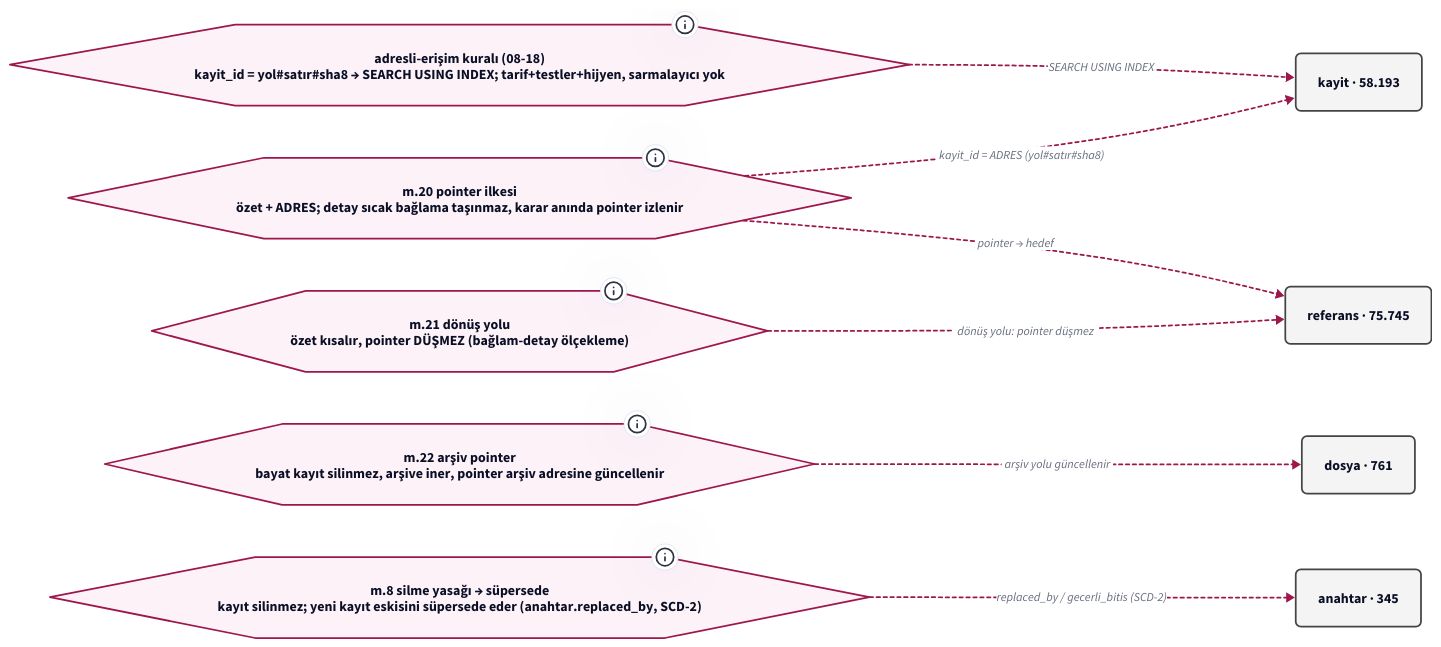
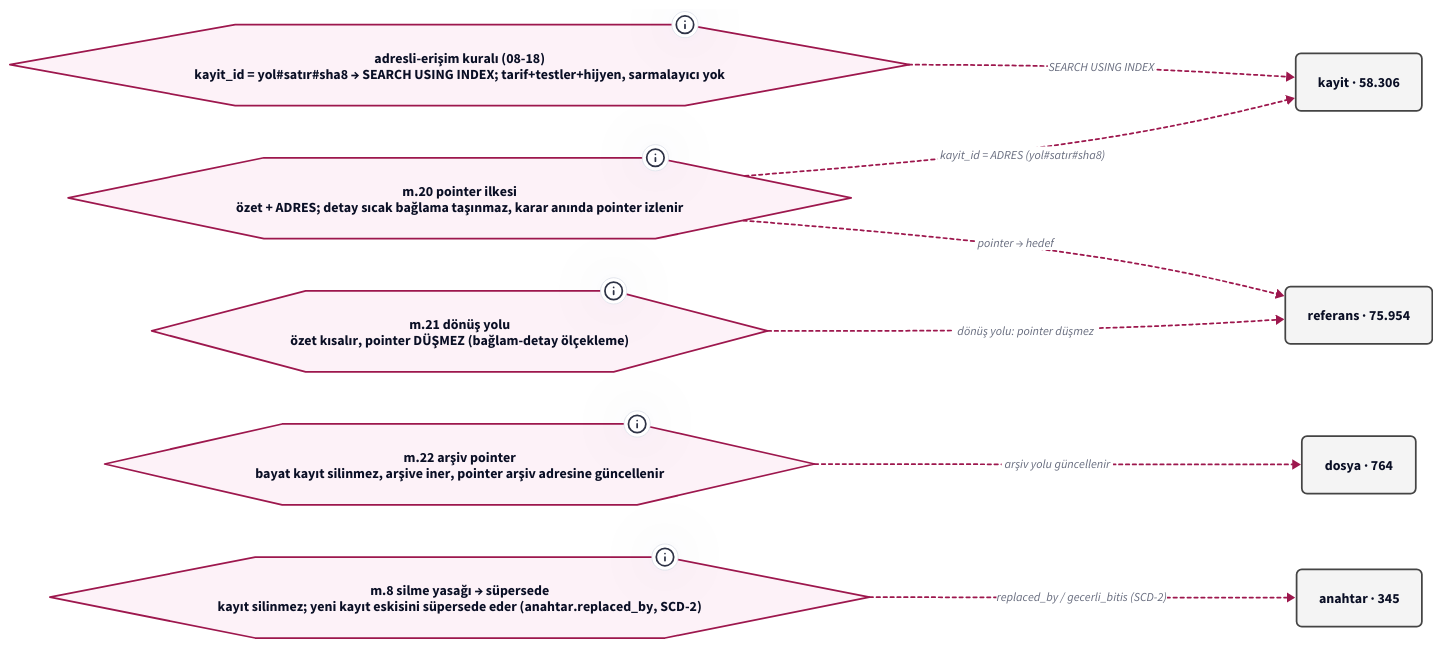
Before and after one commit to salihsahinin/sistem: the diagram in graf/pointer-sistemi-v0-ilke.d2, drawn with D2. The commit also changed 44 other files, not shown here.

```diff
--- a/graf/pointer-sistemi-v0-ilke.d2
+++ b/graf/pointer-sistemi-v0-ilke.d2
@@ -1,33 +1,33 @@
 # Jarvis POINTER SİSTEMİ — POINTER İLKESİ → MEKANİZMA (pano 3/4) (türetilmiş görünüm; ham kaynak silver/bronz)
-# üretici: tools/pointer-graf.py · silver 9784b2d · HEAD 9784b2d · d2 v0.8.1-HEAD · render: d2 --layout=elk (ELK bundled; TALA girmez; determinizm yerel sha256 ile ölçülür — Karar 65)
+# üretici: tools/pointer-graf.py · silver 95fcf8c · HEAD 95fcf8c · d2 v0.8.1-HEAD · render: d2 --layout=elk (ELK bundled; TALA girmez; determinizm yerel sha256 ile ölçülür — Karar 65)
 # içerik katmanı: düğüm/kenar = silver'dan script türetimi (LLM yazmaz); ilke/kronoloji = kanon SABİTİ (pointer'lı, script içinde); yorum katmanı = bu # satırları
 direction: right
 classes: {
   kutu: { style: { fill: "#F4F4F4"; stroke: "#444444"; font-size: 16; border-radius: 6 } }
   pointer: { style: { fill: "#E8F0FE"; stroke: "#1A56DB"; border-radius: 6 } }
   anahtar: { style: { fill: "#FFF4E5"; stroke: "#B45309"; border-radius: 6 } }
   hat: { style: { fill: "#ECFDF5"; stroke: "#047857"; bold: true; border-radius: 6 } }
   ilke: { shape: hexagon; style: { fill: "#FDF2F8"; stroke: "#9D174D" } }
   kron: { shape: page; style: { fill: "#FFFFFF"; stroke: "#6B7280" } }
   dis: { shape: cloud; style: { fill: "#FAFAFA"; stroke: "#9CA3AF" } }
   kirik: { style: { stroke: "#DC2626"; stroke-dash: 3; font-size: 14 } }
   supersede: { style: { stroke: "#B45309"; stroke-dash: 5 } }
   fk: { style: { stroke: "#444444"; font-size: 14 } }
   turetir: { style: { stroke: "#047857"; stroke-width: 3 } }
   uygular: { style: { stroke: "#9D174D"; stroke-dash: 2; font-size: 14 } }
 }
 adres: "adresli-erişim kuralı (08-18)\nkayit_id = yol#satır#sha8 → SEARCH USING INDEX; tarif+testler+hijyen, sarmalayıcı yok" { class: ilke; tooltip: "KILAVUZ.md tasarım-ilkeleri · kuyruk/senaryo-defteri.md Karar 62" }
 m20: "m.20 pointer ilkesi\nözet + ADRES; detay sıcak bağlama taşınmaz, karar anında pointer izlenir" { class: ilke; tooltip: "core/tuzuk-v0.md m.20 · wiki/pointer-sistemi.md" }
 m21: "m.21 dönüş yolu\nözet kısalır, pointer DÜŞMEZ (bağlam-detay ölçekleme)" { class: ilke; tooltip: "core/tuzuk-v0.md m.21" }
 m22: "m.22 arşiv pointer\nbayat kayıt silinmez, arşive iner, pointer arşiv adresine güncellenir" { class: ilke; tooltip: "core/tuzuk-v0.md m.22" }
 m8: "m.8 silme yasağı → süpersede\nkayıt silinmez; yeni kayıt eskisini süpersede eder (anahtar.replaced_by, SCD-2)" { class: ilke; tooltip: "core/tuzuk-v0.md m.8 · core/baglam-anahtar-kaydi.md §3" }
-kayit: "kayit · 58.193" { class: kutu }
-referans: "referans · 75.745" { class: kutu }
-dosya: "dosya · 761" { class: kutu }
+kayit: "kayit · 58.306" { class: kutu }
+referans: "referans · 75.954" { class: kutu }
+dosya: "dosya · 764" { class: kutu }
 anahtar: "anahtar · 345" { class: kutu }
 adres -> kayit: "SEARCH USING INDEX" { class: uygular }
 m20 -> kayit: "kayit_id = ADRES (yol#satır#sha8)" { class: uygular }
 m20 -> referans: "pointer → hedef" { class: uygular }
 m21 -> referans: "dönüş yolu: pointer düşmez" { class: uygular }
 m22 -> dosya: "arşiv yolu güncellenir" { class: uygular }
 m8 -> anahtar: "replaced_by / gecerli_bitis (SCD-2)" { class: uygular }
```
